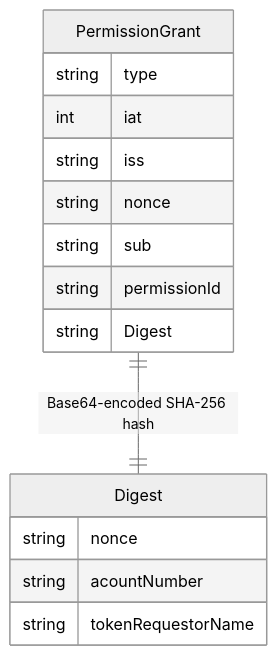
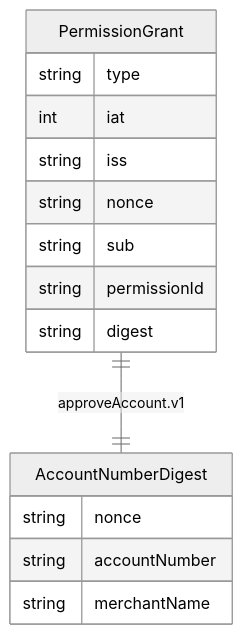
The second of 8 diagrams in docs/authentication_interoperability.md (BankAxept/bankaxept-epayment-development-kit), drawn with Mermaid (neutral theme) before and after one commit. The commit also changed other lines of this file and 7 other files, not shown here.

````diff
--- a/docs/authentication_interoperability.md
+++ b/docs/authentication_interoperability.md
@@ -107,18 +119,18 @@
 ```mermaid
 erDiagram
-    PermissionGrant ||--|| Digest: "Base64-encoded SHA-256 hash"
+    PermissionGrant ||--|| AccountNumberDigest: "approveAccount.v1"
     PermissionGrant {
         string type
         int iat
         string iss
         string nonce
         string sub
         string permissionId
-        string Digest
+        string digest
     }
-    Digest {
+    AccountNumberDigest {
         string nonce
-        string acountNumber
-        string tokenRequestorName
+        string accountNumber
+        string merchantName
     }
 ```
````
